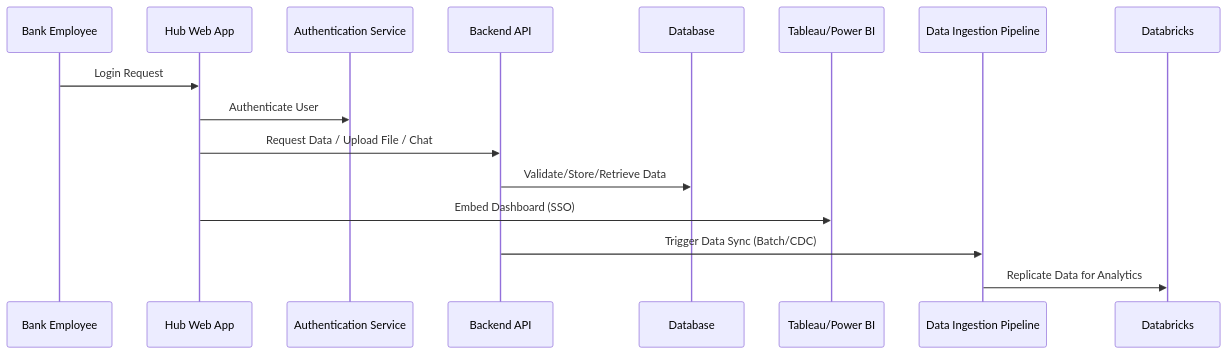
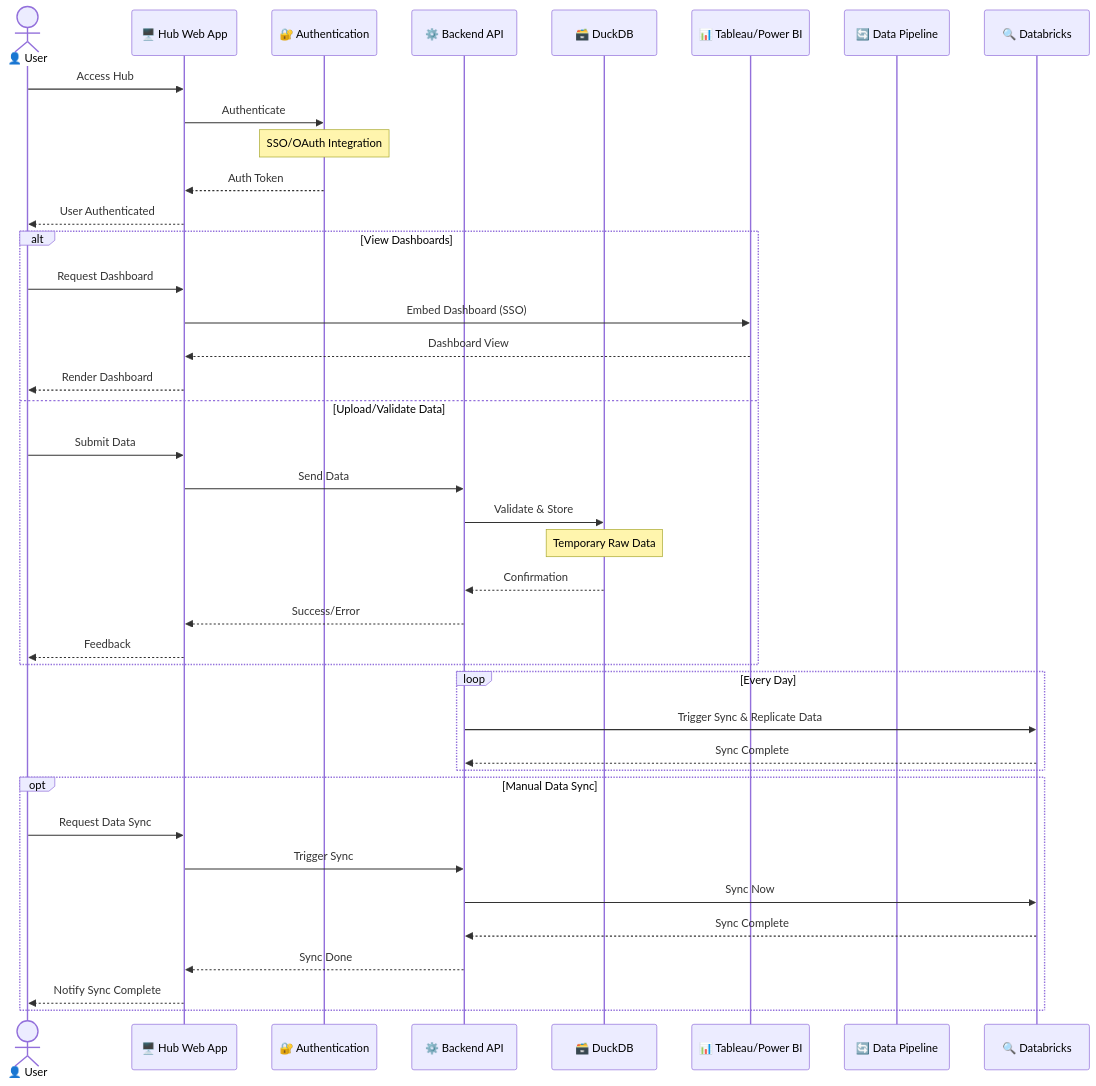
Before and after one commit to arthurpeixotomelo/fin-hub: the third of 3 diagrams in README.md, drawn with Mermaid. The commit also changed other lines of this file and 1 other file, not shown here.

Commit message:
remove unused test file for token generation

````diff
--- a/README.md
+++ b/README.md
@@ -64,19 +100,44 @@
 ```mermaid
 sequenceDiagram
-    participant User as Bank Employee
-    participant Web as Hub Web App
-    participant Auth as Authentication Service
-    participant API as Backend API
-    participant DB as Database
-    participant Tableau as Tableau/Power BI
-    participant Pipeline as Data Ingestion Pipeline
-    participant Databricks as Databricks
+    actor User as 👤 User
+    participant Web as 🖥️ Hub Web App
+    participant Auth as 🔐 Authentication
+    participant API as ⚙️ Backend API
+    participant DB as 🗃️ DuckDB
+    participant BI as 📊 Tableau/Power BI
+    participant Pipeline as 🔄 Data Pipeline
+    participant DTB as 🔍 Databricks
 
-    User ->> Web: Login Request
-    Web ->> Auth: Authenticate User
-    Web ->> API: Request Data / Upload File / Chat
-    API ->> DB: Validate/Store/Retrieve Data
-    Web ->> Tableau: Embed Dashboard (SSO)
-    API ->> Pipeline: Trigger Data Sync (Batch/CDC)
-    Pipeline ->> Databricks: Replicate Data for Analytics
+    User->>Web: Access Hub
+    Web->>Auth: Authenticate
+    Note over Auth: SSO/OAuth Integration
+    Auth-->>Web: Auth Token
+    Web-->>User: User Authenticated
+
+    alt View Dashboards
+        User->>Web: Request Dashboard
+        Web->>BI: Embed Dashboard (SSO)
+        BI-->>Web: Dashboard View
+        Web-->>User: Render Dashboard
+    else Upload/Validate Data
+        User->>Web: Submit Data
+        Web->>API: Send Data
+        API->>DB: Validate & Store
+        Note over DB: Temporary Raw Data
+        DB-->>API: Confirmation
+        API-->>Web: Success/Error
+        Web-->>User: Feedback
+    end
+    loop Every Day
+        API->>DTB: Trigger Sync & Replicate Data
+        DTB-->>API: Sync Complete
+    end
+    opt Manual Data Sync
+        User->>Web: Request Data Sync
+        Web->>API: Trigger Sync
+        API->>DTB: Sync Now
+        DTB-->>API: Sync Complete
+        API-->>Web: Sync Done
+        Web-->>User: Notify Sync Complete
+    end
 ```
````
